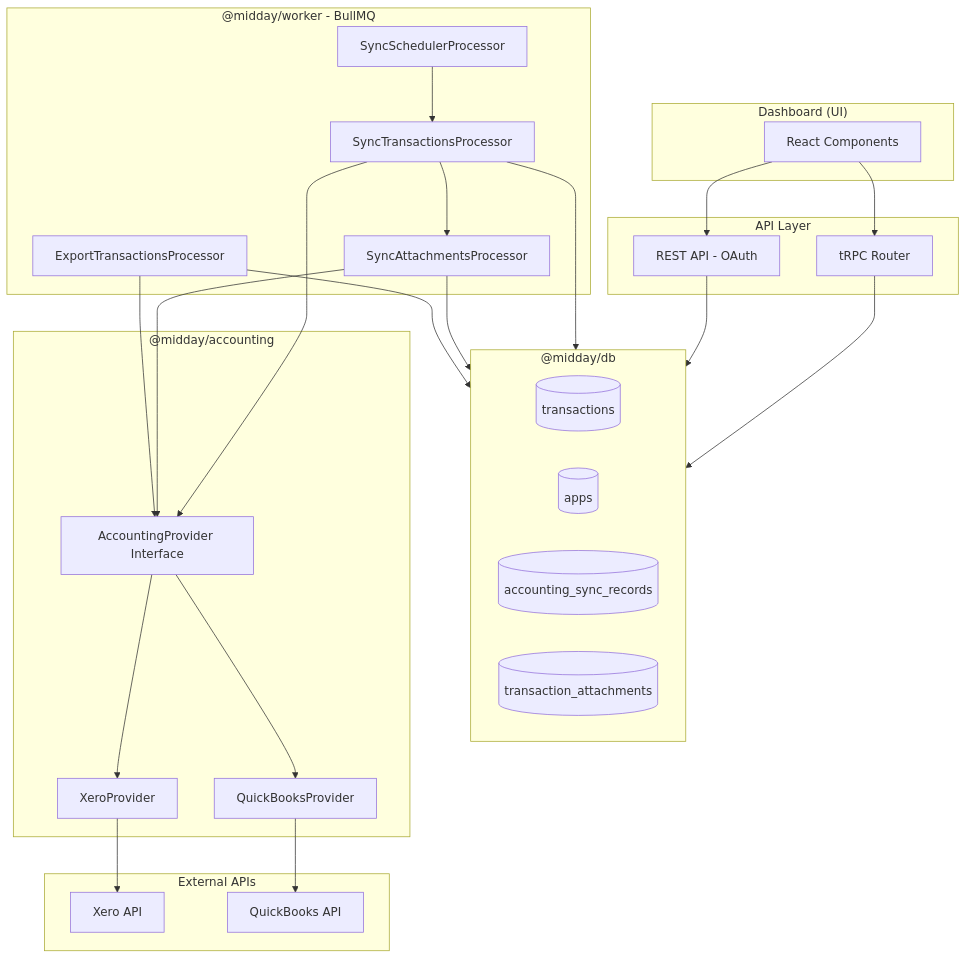
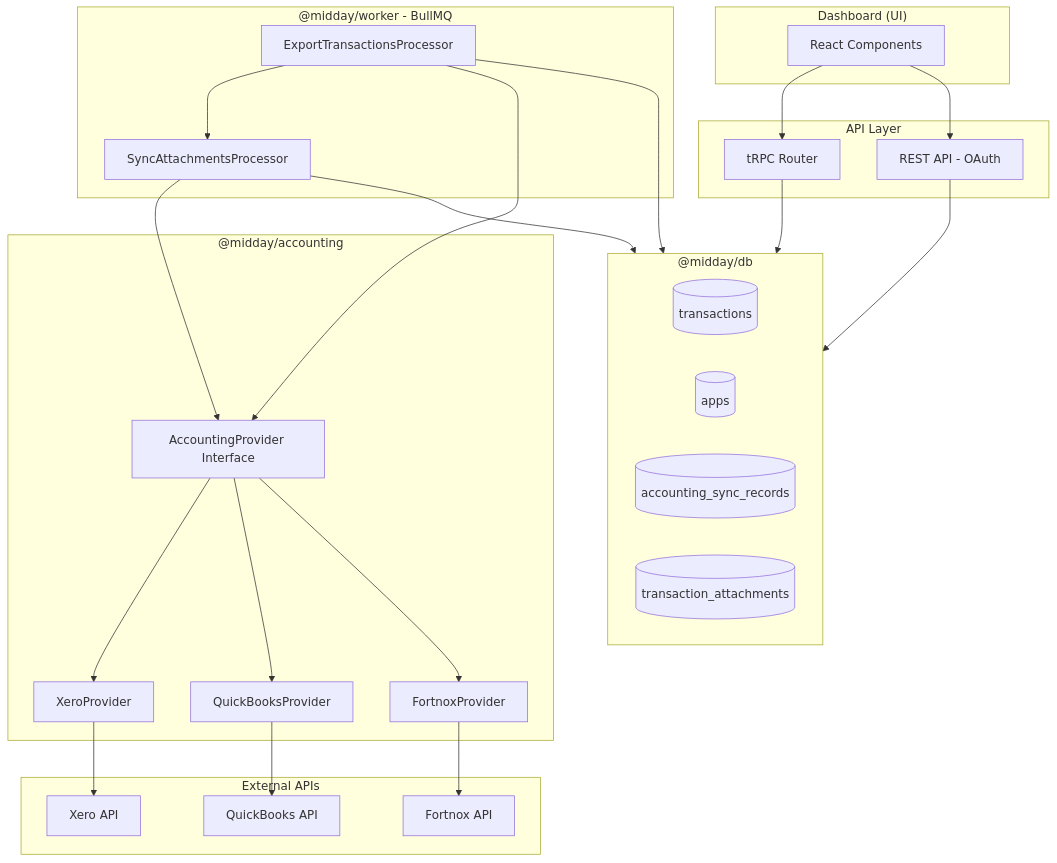
One commit to midday-ai/midday changed the first of 6 diagrams in packages/accounting/README.md. Above: the diagram before and after it, drawn with Mermaid. The commit also changed other lines of this file and 29 other files, not shown here.

````diff
--- a/packages/accounting/README.md
+++ b/packages/accounting/README.md
@@ -47,58 +46,57 @@
 ```mermaid
 flowchart TB
     subgraph Dashboard["Dashboard (UI)"]
         UI[React Components]
     end
 
     subgraph API["API Layer"]
         TRPC[tRPC Router]
         REST[REST API - OAuth]
     end
 
     subgraph DB["@midday/db"]
         TXN[(transactions)]
         APPS[(apps)]
         SYNC[(accounting_sync_records)]
         ATT[(transaction_attachments)]
     end
 
     subgraph Worker["@midday/worker - BullMQ"]
-        PROC1[SyncTransactionsProcessor]
         PROC2[SyncAttachmentsProcessor]
         PROC3[ExportTransactionsProcessor]
-        SCHED[SyncSchedulerProcessor]
     end
 
     subgraph Accounting["@midday/accounting"]
         IFACE[AccountingProvider Interface]
         XERO[XeroProvider]
         QB[QuickBooksProvider]
+        FNX[FortnoxProvider]
     end
 
     subgraph External["External APIs"]
         XERO_API[Xero API]
         QB_API[QuickBooks API]
+        FNX_API[Fortnox API]
     end
 
     UI --> TRPC
     UI --> REST
     TRPC --> DB
     REST --> DB
     
-    SCHED --> PROC1
-    PROC1 --> PROC2
+    PROC3 --> PROC2
     
-    PROC1 --> IFACE
     PROC2 --> IFACE
     PROC3 --> IFACE
     
     IFACE --> XERO
     IFACE --> QB
+    IFACE --> FNX
     
     XERO --> XERO_API
     QB --> QB_API
+    FNX --> FNX_API
     
-    PROC1 --> DB
     PROC2 --> DB
     PROC3 --> DB
 ```
````
